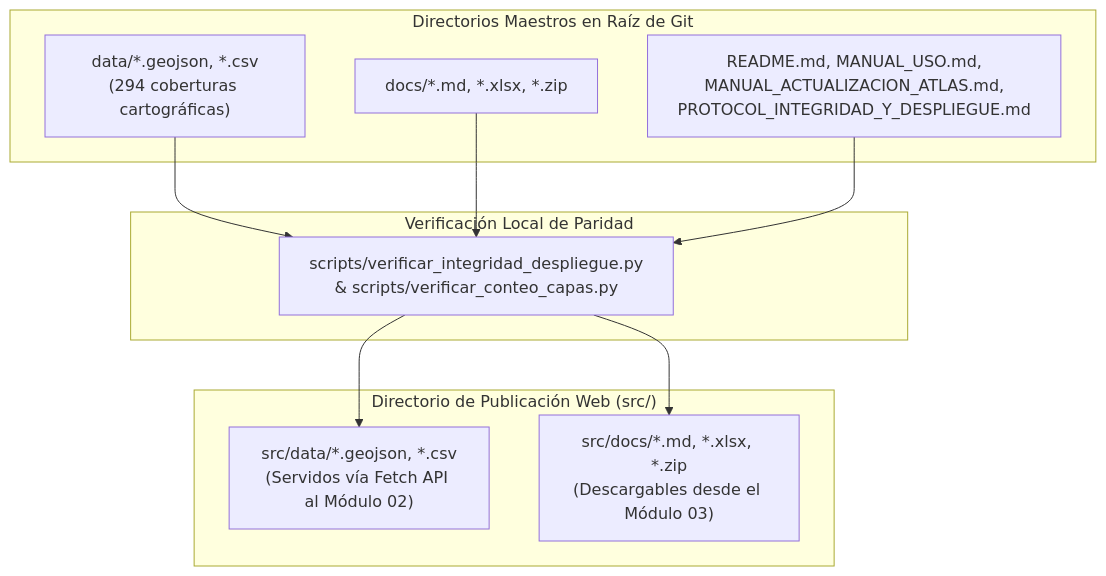
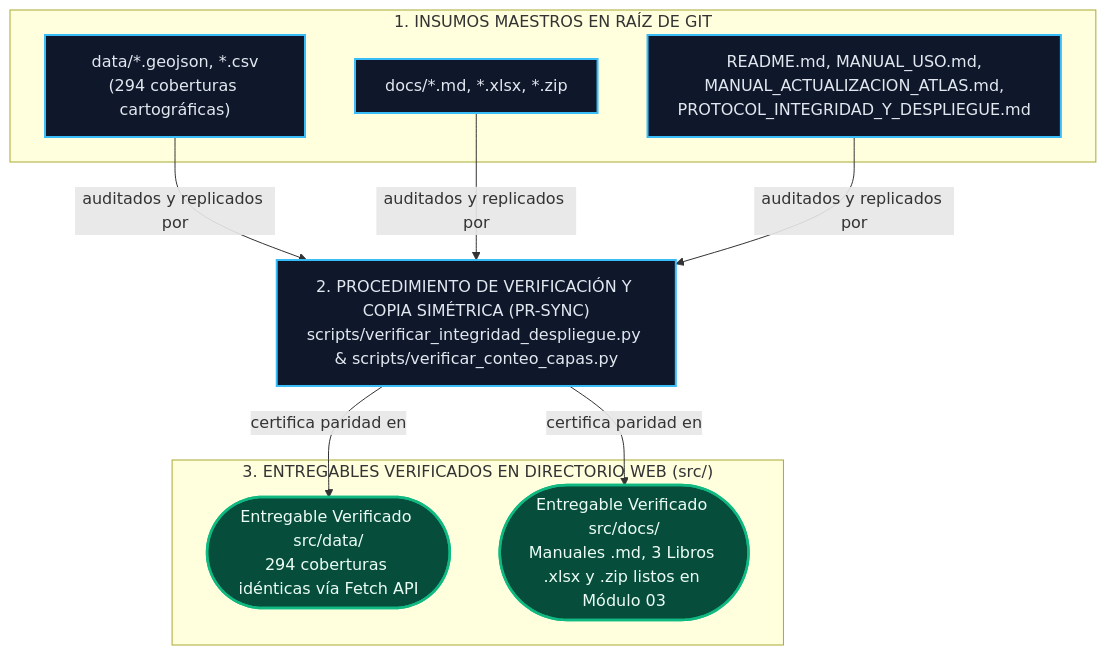
Before and after one commit to GEOJOTA/atlas-vgi-barrio-brasil: the second of 2 diagrams in src/docs/PROTOCOL_INTEGRIDAD_Y_DESPLIEGUE.md, drawn with Mermaid. The commit also changed other lines of this file and 44 other files, not shown here.

Commit message:
feat(atlas): lectura dinamica A/A+/A++, pausa puntual en Inspector PRC, mapa base en simbologia, capas VGI exhaustivas y flujo procedimiento-entregable (v74)

````diff
--- a/src/docs/PROTOCOL_INTEGRIDAD_Y_DESPLIEGUE.md
+++ b/src/docs/PROTOCOL_INTEGRIDAD_Y_DESPLIEGUE.md
@@ -51,19 +59,20 @@
 ```mermaid
 flowchart TD
-    subgraph RAIZ["Directorios Maestros en Raíz de Git"]
-        R_DATA["data/*.geojson, *.csv\n(294 coberturas cartográficas)"]
-        R_DOCS["docs/*.md, *.xlsx, *.zip"]
-        R_MD["README.md, MANUAL_USO.md,\nMANUAL_ACTUALIZACION_ATLAS.md,\nPROTOCOL_INTEGRIDAD_Y_DESPLIEGUE.md"]
+    classDef proc fill:#0f172a,stroke:#38bdf8,stroke-width:2px,color:#e2e8f0
+    classDef ent fill:#064e3b,stroke:#10b981,stroke-width:2.5px,color:#ecfdf5
+
+    subgraph RAIZ["1. INSUMOS MAESTROS EN RAÍZ DE GIT"]
+        R_DATA["data/*.geojson, *.csv\n(294 coberturas cartográficas)"]:::proc
+        R_DOCS["docs/*.md, *.xlsx, *.zip"]:::proc
+        R_MD["README.md, MANUAL_USO.md,\nMANUAL_ACTUALIZACION_ATLAS.md,\nPROTOCOL_INTEGRIDAD_Y_DESPLIEGUE.md"]:::proc
     end
 
-    subgraph SYNC["Verificación Local de Paridad"]
-        S_SCRIPT["scripts/verificar_integridad_despliegue.py\n& scripts/verificar_conteo_capas.py"]
+    S_SCRIPT["2. PROCEDIMIENTO DE VERIFICACIÓN Y COPIA SIMÉTRICA (PR-SYNC)\nscripts/verificar_integridad_despliegue.py & scripts/verificar_conteo_capas.py"]:::proc
+
+    subgraph WEB["3. ENTREGABLES VERIFICADOS EN DIRECTORIO WEB (src/)"]
+        W_DATA(["Entregable Verificado src/data/\n294 coberturas idénticas vía Fetch API"]):::ent
+        W_DOCS(["Entregable Verificado src/docs/\nManuales .md, 3 Libros .xlsx y .zip listos en Módulo 03"]):::ent
     end
 
-    subgraph WEB["Directorio de Publicación Web (src/)"]
-        W_DATA["src/data/*.geojson, *.csv\n(Servidos vía Fetch API al Módulo 02)"]
-        W_DOCS["src/docs/*.md, *.xlsx, *.zip\n(Descargables desde el Módulo 03)"]
-    end
-
-    R_DATA & R_DOCS & R_MD --> S_SCRIPT --> W_DATA & W_DOCS
+    R_DATA & R_DOCS & R_MD -->|"auditados y replicados por"| S_SCRIPT -->|"certifica paridad en"| W_DATA & W_DOCS
 ```
````
